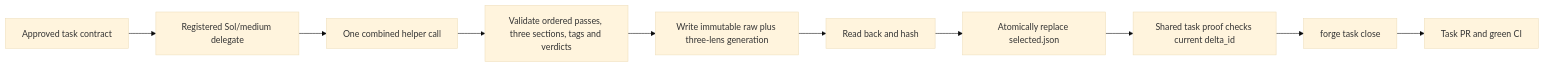
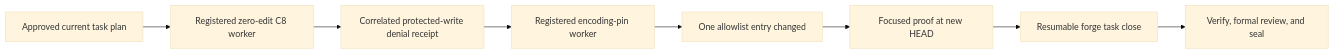
Before and after one commit to ismaeldoez7/symphony-forge: the diagram in .factory/stories/FORGE-COORD-1/task-plans/NATIVE-FOREGROUND-ACTIVATE.md, drawn with Mermaid (base theme). The commit also changed other lines of this file and 4 other files, not shown here.

Commit message:
forge: bind current closeout handover

````diff
--- a/.factory/stories/FORGE-COORD-1/task-plans/NATIVE-FOREGROUND-ACTIVATE.md
+++ b/.factory/stories/FORGE-COORD-1/task-plans/NATIVE-FOREGROUND-ACTIVATE.md
@@ -272,12 +52,10 @@
 ```mermaid
 flowchart LR
-    A[Approved task contract] --> B[Registered Sol/medium delegate]
-    B --> C[One combined helper call]
-    C --> D[Validate ordered passes, three sections, tags and verdicts]
-    D --> E[Write immutable raw plus three-lens generation]
-    E --> F[Read back and hash]
-    F --> G[Atomically replace selected.json]
-    G --> H[Shared task proof checks current delta_id]
-    H --> I[forge task close]
-    I --> J[Task PR and green CI]
+    A[Approved current task plan] --> B[Registered zero-edit C8 worker]
+    B --> C[Correlated protected-write denial receipt]
+    C --> D[Registered encoding-pin worker]
+    D --> E[One allowlist entry changed]
+    E --> F[Focused proof at new HEAD]
+    F --> G[Resumable forge task close]
+    G --> H[Verify, formal review, and seal]
 ```
````
